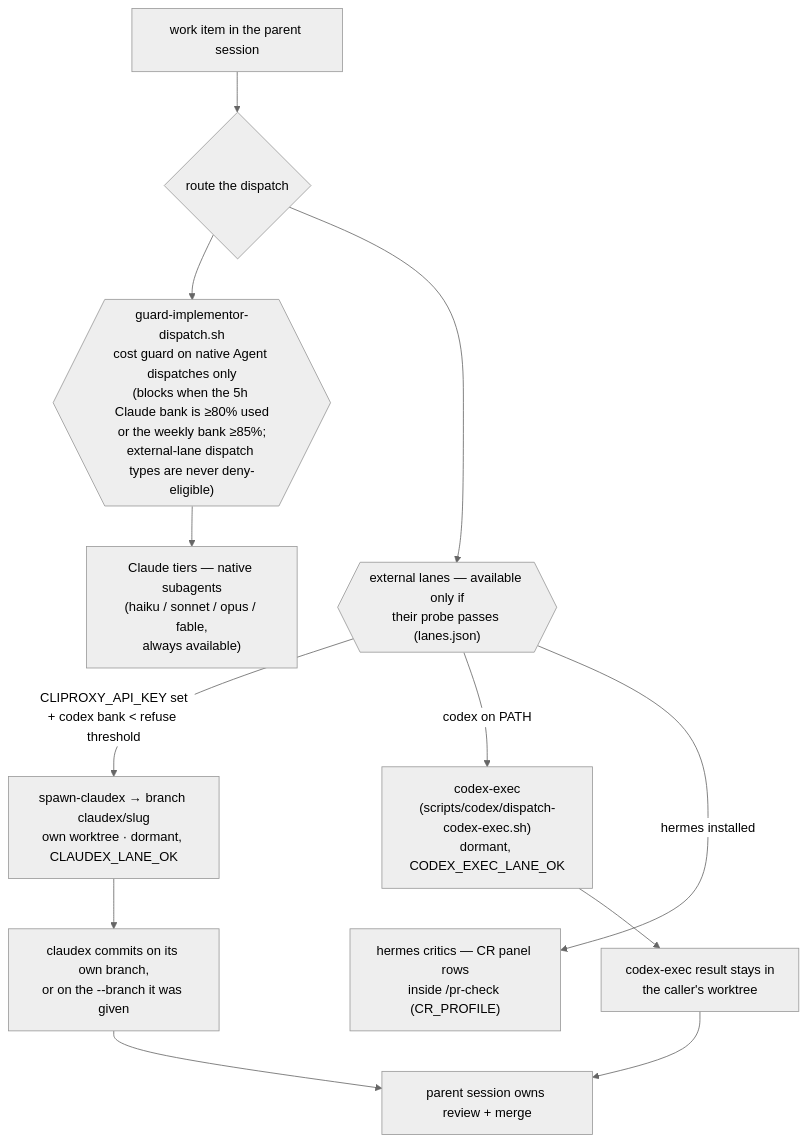
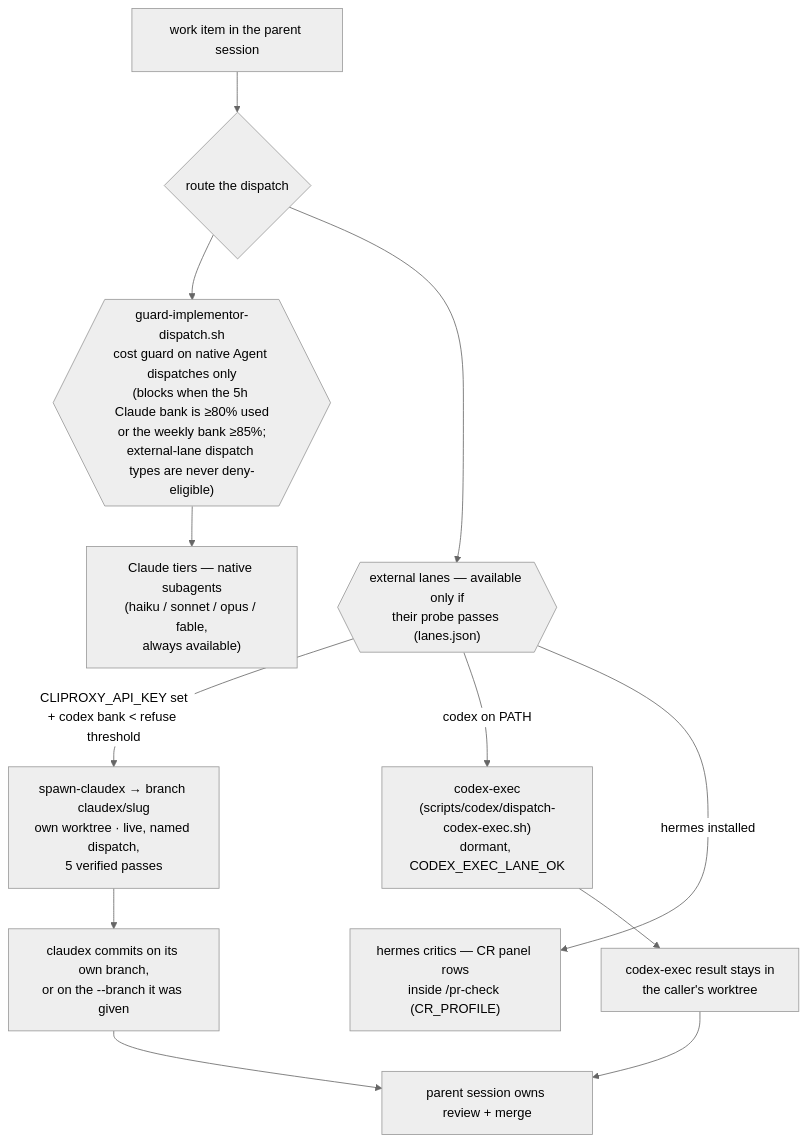
The fourth of 4 diagrams in docs/configuration.md (yotamleo-org/Himmel), drawn with Mermaid (neutral theme) before and after one commit. The commit also changed other lines of this file and 2 other files, not shown here.

First line of the commit message:
docs: [HIMMEL-7481] claudex is a live lane, config examples are valid JSON, the off switches name real commands

````diff
--- a/docs/configuration.md
+++ b/docs/configuration.md
@@ -278,16 +280,16 @@
 ```mermaid
 flowchart TD
     WORK["work item in the parent session"] --> ROUTE{"route the dispatch"}
     ROUTE --> GUARD{{"guard-implementor-dispatch.sh<br/>cost guard on native Agent dispatches only<br/>(blocks when the 5h Claude bank is ≥80% used<br/>or the weekly bank ≥85%;<br/>external-lane dispatch types are never deny-eligible)"}}
     GUARD --> TIER["Claude tiers — native subagents<br/>(haiku / sonnet / opus / fable,<br/>always available)"]
     ROUTE --> EXT{{"external lanes — available only if<br/>their probe passes (lanes.json)"}}
-    EXT -->|"CLIPROXY_API_KEY set<br/>+ codex bank < refuse threshold"| CLX["spawn-claudex → branch claudex/slug<br/>own worktree · dormant, CLAUDEX_LANE_OK"]
+    EXT -->|"CLIPROXY_API_KEY set<br/>+ codex bank < refuse threshold"| CLX["spawn-claudex → branch claudex/slug<br/>own worktree · live, named dispatch,<br/>5 verified passes"]
     EXT -->|"codex on PATH"| CDX["codex-exec<br/>(scripts/codex/dispatch-codex-exec.sh)<br/>dormant, CODEX_EXEC_LANE_OK"]
     EXT -->|"hermes installed"| HRM["hermes critics — CR panel rows<br/>inside /pr-check (CR_PROFILE)"]
     CDX ~~~ HRM
     GUARD ~~~ EXT
     CLX --> CLXBACK["claudex commits on its own branch,<br/>or on the --branch it was given"]
     CDX --> CDXBACK["codex-exec result stays in<br/>the caller's worktree"]
     CLXBACK --> BACK["parent session owns review + merge"]
     CDXBACK --> BACK
 ```
````
